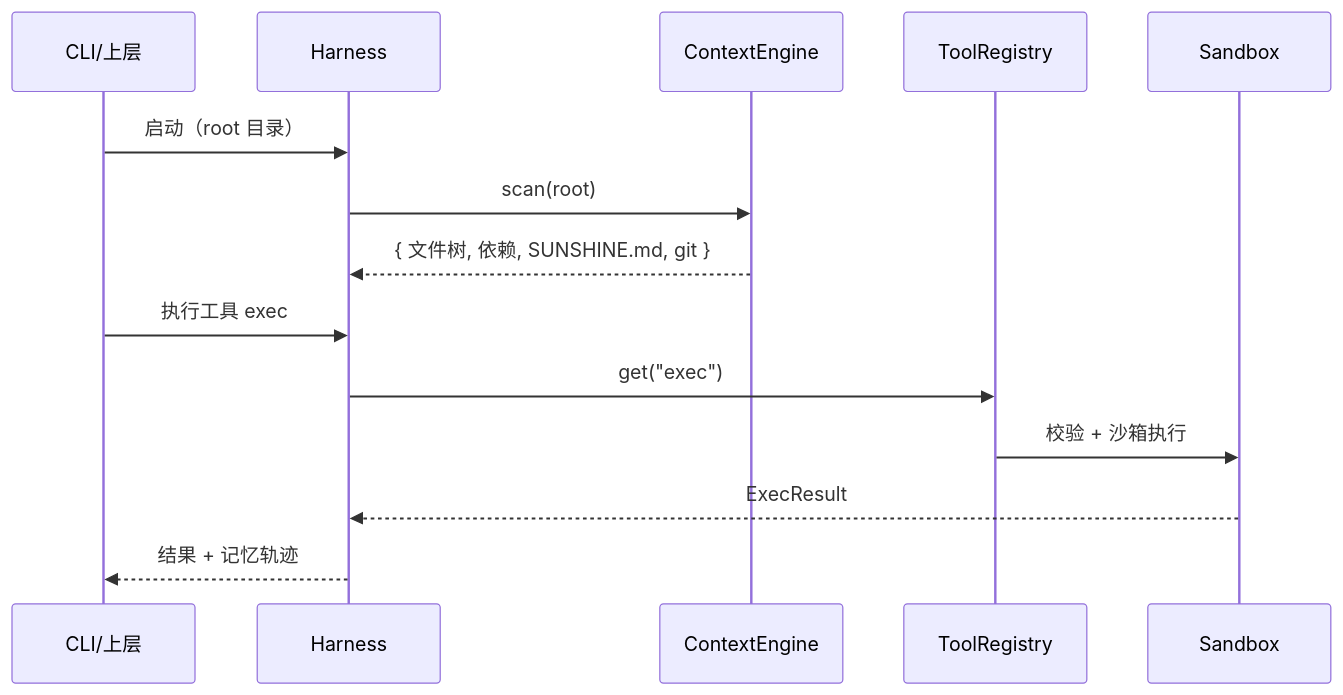
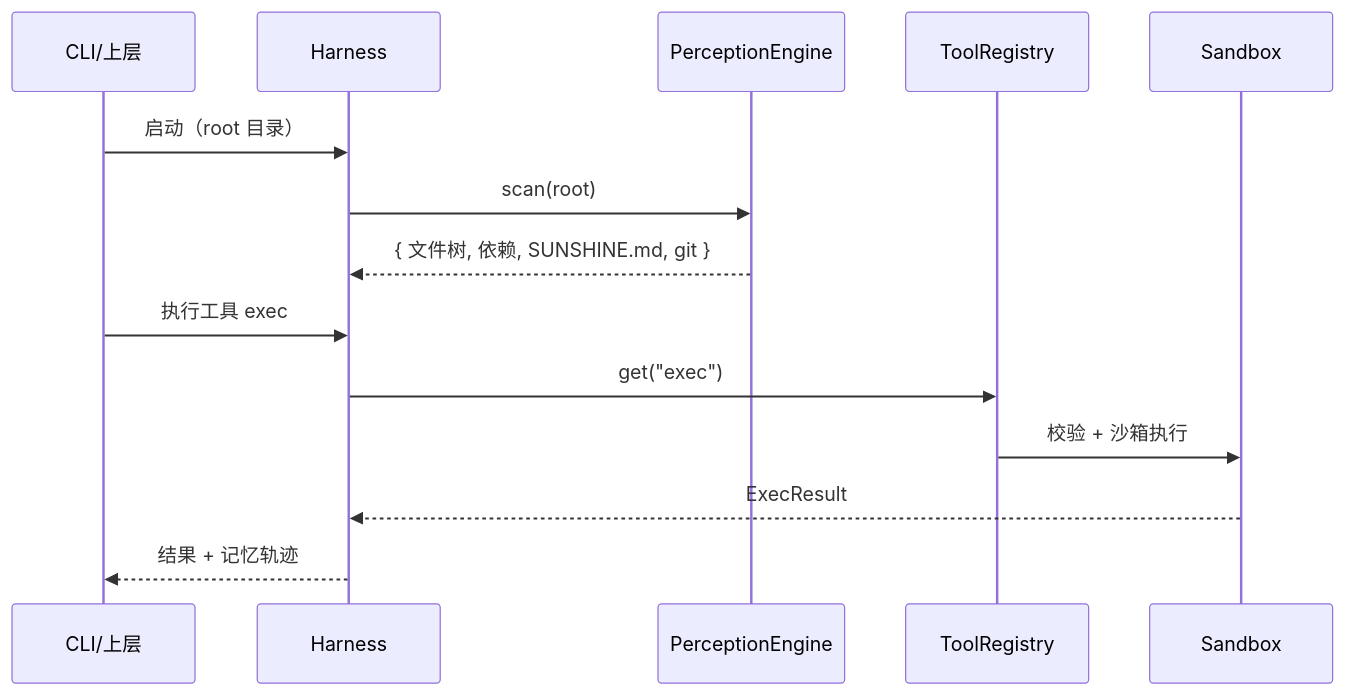
One commit to searchforsun/sunshinex changed the second of 2 diagrams in docs/superpowers/specs/2026-09-03-phase1-harness-design.md. Above: the diagram before and after it, drawn with Mermaid. The commit also changed other lines of this file, not shown here.

````diff
--- a/docs/superpowers/specs/2026-09-03-phase1-harness-design.md
+++ b/docs/superpowers/specs/2026-09-03-phase1-harness-design.md
@@ -132,17 +134,17 @@
 ```mermaid
 sequenceDiagram
   participant C as CLI/上层
   participant H as Harness
-  participant CTX as ContextEngine
+  participant CTX as PerceptionEngine
   participant T as ToolRegistry
   participant S as Sandbox
 
   C->>H: 启动（root 目录）
   H->>CTX: scan(root)
   CTX-->>H: { 文件树, 依赖, SUNSHINE.md, git }
   C->>H: 执行工具 exec
   H->>T: get("exec")
   T->>S: 校验 + 沙箱执行
   S-->>H: ExecResult
   H-->>C: 结果 + 记忆轨迹
 ```
````
